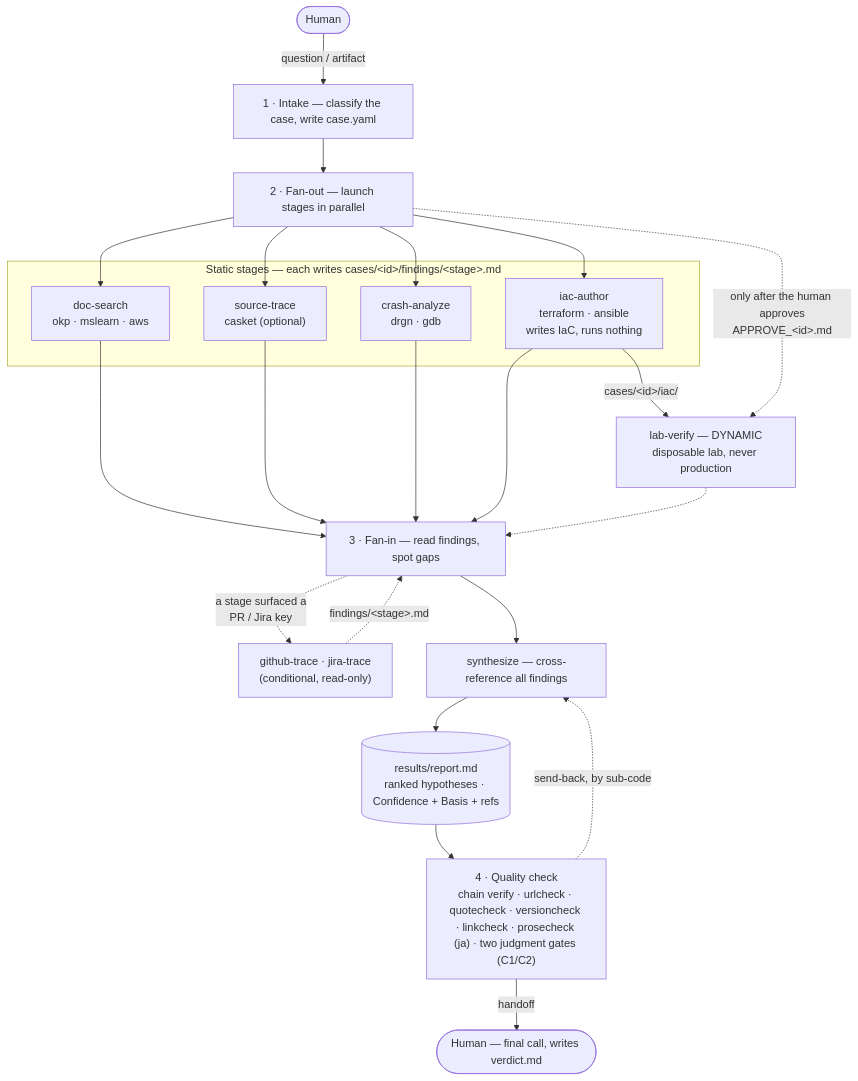
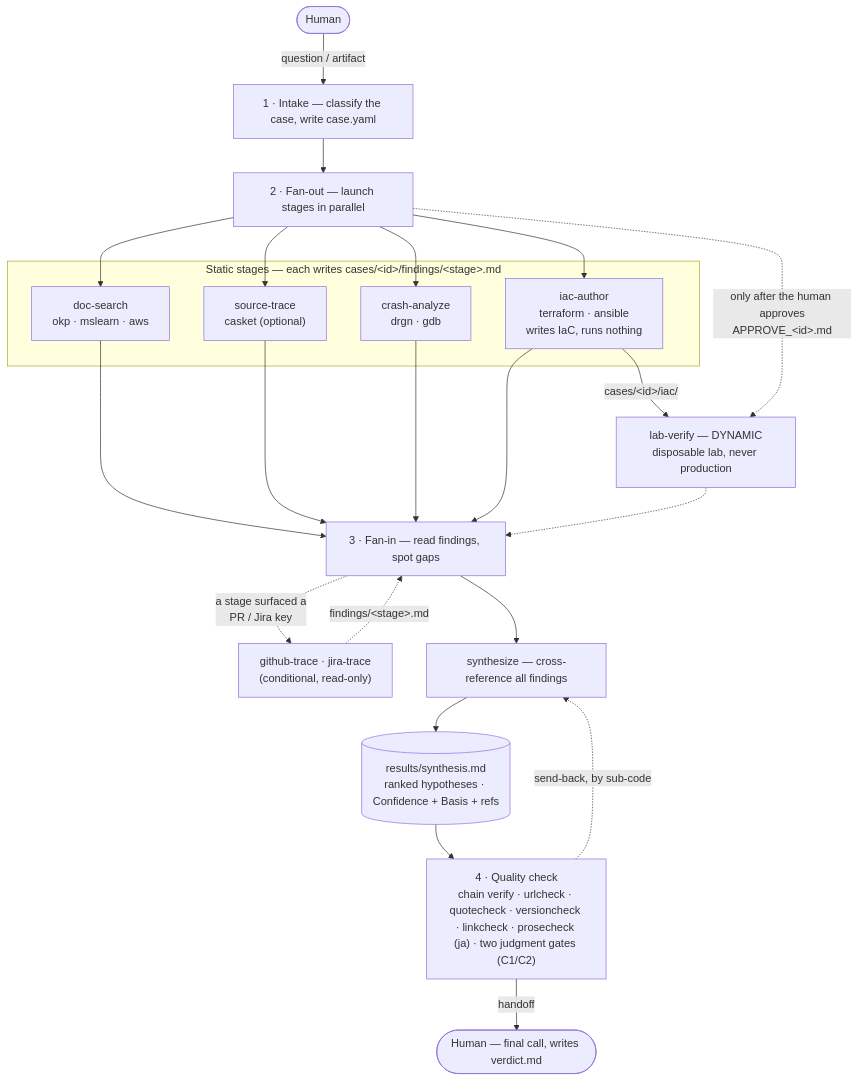
One commit to nogunix/janus changed the first of 2 diagrams in README.md. Above: the diagram before and after it, drawn with Mermaid. The commit also changed other lines of this file and 13 other files, not shown here.

First line of the commit message:
synthesize: rename report.md → synthesis.md to avoid subagent Write block (0.26.1)

````diff
--- a/README.md
+++ b/README.md
@@ -113,34 +113,34 @@
 ```mermaid
 flowchart TD
     human(["Human"]) -->|"question / artifact"| intake
 
     intake["1&nbsp;· Intake — classify the case, write case.yaml"] --> fanout
     fanout["2&nbsp;· Fan-out — launch stages in parallel"]
 
     subgraph stages["Static stages — each writes cases/&lt;id&gt;/findings/&lt;stage&gt;.md"]
         ds["doc-search<br/>okp · mslearn · aws"]
         st["source-trace<br/>casket (optional)"]
         ca["crash-analyze<br/>drgn · gdb"]
         ia["iac-author<br/>terraform · ansible<br/>writes IaC, runs nothing"]
     end
 
     lv["lab-verify — DYNAMIC<br/>disposable lab, never production"]
 
     fanout --> ds & st & ca & ia
     ia -->|"cases/&lt;id&gt;/iac/"| lv
     fanout -.->|"only after the human approves<br/>APPROVE_&lt;id&gt;.md"| lv
 
     ds & st & ca & ia --> fanin
     lv -.-> fanin
     fanin["3&nbsp;· Fan-in — read findings, spot gaps"]
 
     follow["github-trace · jira-trace<br/>(conditional, read-only)"]
     fanin -.->|"a stage surfaced a<br/>PR / Jira key"| follow
     follow -.->|"findings/&lt;stage&gt;.md"| fanin
 
     fanin --> syn["synthesize — cross-reference all findings"]
-    syn --> report[("results/report.md<br/>ranked hypotheses · Confidence + Basis + refs")]
+    syn --> report[("results/synthesis.md<br/>ranked hypotheses · Confidence + Basis + refs")]
     report --> qc["4&nbsp;· Quality check<br/>chain verify · urlcheck · quotecheck · versioncheck · linkcheck · prosecheck (ja) · two judgment gates (C1/C2)"]
     qc -.->|"send-back, by sub-code"| syn
     qc -->|"handoff"| human2(["Human — final call, writes verdict.md"])
 ```
````
